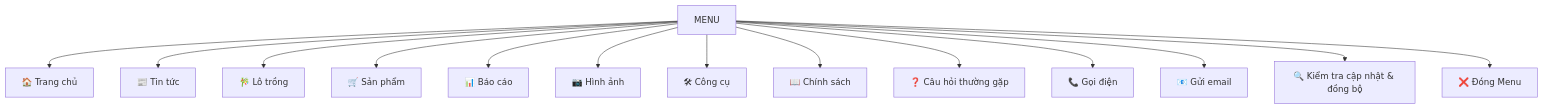
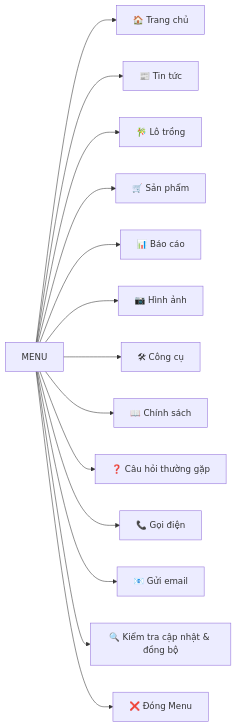
One commit to trethanhphat/tre-thanh-phat-pwa-docs changed the diagram in Menu.md. Above: the diagram before and after it, drawn with Mermaid.

````diff
--- a/Menu.md
+++ b/Menu.md
@@ -1,29 +1,29 @@
 ```mermaid
-flowchart TD
+flowchart LR
 MENU --> HOME["🏠 Trang chủ"]
 
 MENU --> NEWS["📰 Tin tức"]
 
 MENU --> BATCHES["🎋 Lô trồng"]
 
 MENU --> PRODUCTS["🛒 Sản phẩm"]
 
 MENU --> REPORT["📊 Báo cáo"]
 
 MENU --> PHOTOS["📷 Hình ảnh"]
 
 MENU --> TOOLS["🛠 Công cụ"]
 
 MENU --> POLICY["📖 Chính sách"]
 
 MENU --> FAQ["❓ Câu hỏi thường gặp"]
 
 MENU --> HOTLINE["📞 Gọi điện"]
 
 MENU --> EMAIL["📧 Gửi email"]
 
 MENU --> UPDATE["🔍 Kiểm tra cập nhật & đồng bộ"]
 
 MENU --> CLOSE["❌ Đóng Menu"]
 
 ```
````
